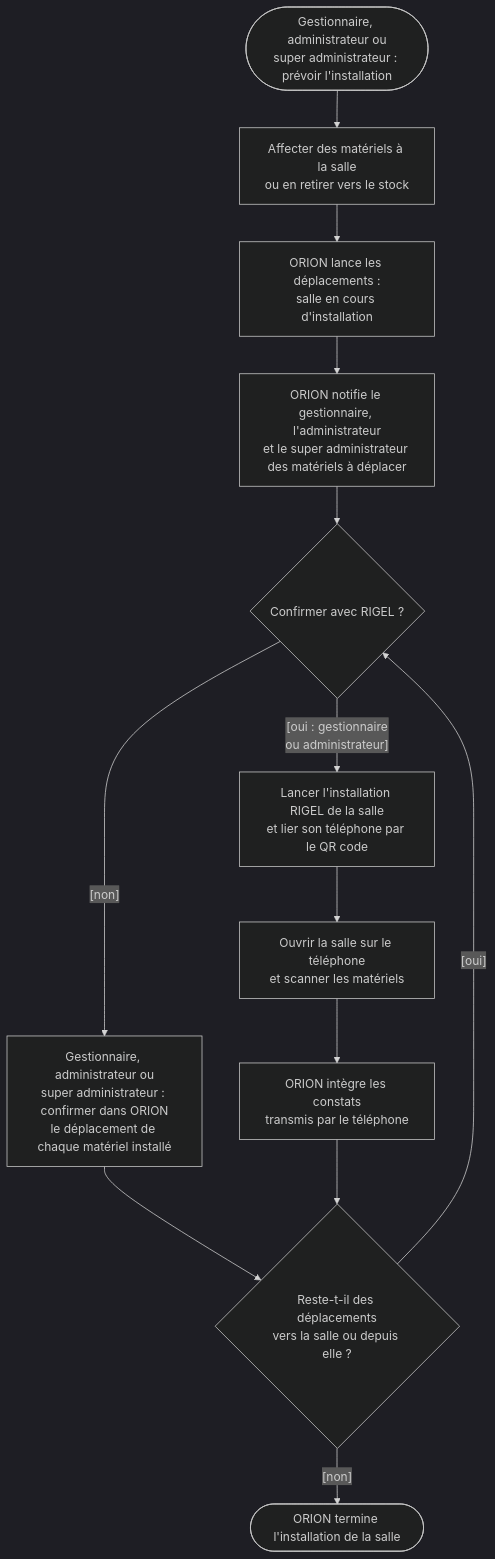
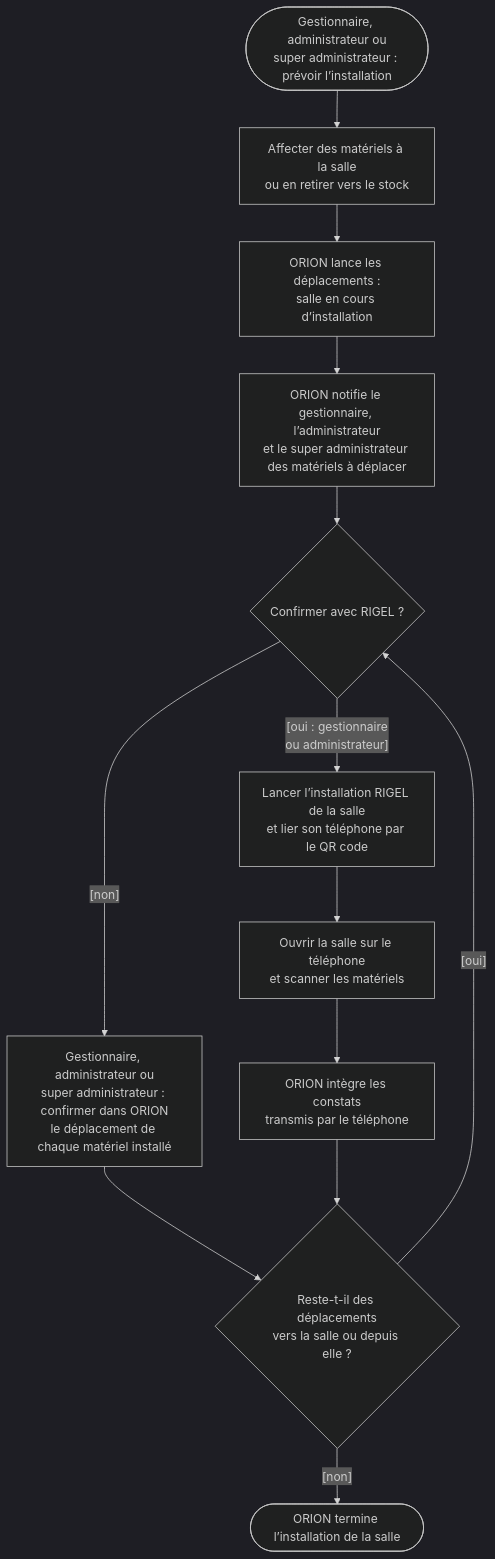
Before and after one commit to bpierrelouis/aster: the ninth of 10 diagrams in docs/02-ANALYSE/01-MODELISATION-METIER/02-DIAGRAMMES-ACTIVITE.md, drawn with Mermaid (dark theme). The commit also changed other lines of this file and 32 other files, not shown here.

````diff
--- a/docs/02-ANALYSE/01-MODELISATION-METIER/02-DIAGRAMMES-ACTIVITE.md
+++ b/docs/02-ANALYSE/01-MODELISATION-METIER/02-DIAGRAMMES-ACTIVITE.md
@@ -175,15 +175,15 @@
 ```mermaid
 flowchart TD
-    debut(["Gestionnaire, administrateur ou<br/>super administrateur : prévoir l'installation"]) --> affecter["Affecter des matériels à la salle<br/>ou en retirer vers le stock"]
-    affecter --> deplacements["ORION lance les déplacements :<br/>salle en cours d'installation"]
-    deplacements --> notifier["ORION notifie le gestionnaire, l'administrateur<br/>et le super administrateur des matériels à déplacer"]
+    debut(["Gestionnaire, administrateur ou<br/>super administrateur : prévoir l’installation"]) --> affecter["Affecter des matériels à la salle<br/>ou en retirer vers le stock"]
+    affecter --> deplacements["ORION lance les déplacements :<br/>salle en cours d’installation"]
+    deplacements --> notifier["ORION notifie le gestionnaire, l’administrateur<br/>et le super administrateur des matériels à déplacer"]
     notifier --> mode{"Confirmer avec RIGEL ?"}
     mode -->|"[non]"| confirmer["Gestionnaire, administrateur ou<br/>super administrateur : confirmer dans ORION<br/>le déplacement de chaque matériel installé"]
-    mode -->|"[oui : gestionnaire<br/>ou administrateur]"| lier["Lancer l'installation RIGEL de la salle<br/>et lier son téléphone par le QR code"]
+    mode -->|"[oui : gestionnaire<br/>ou administrateur]"| lier["Lancer l’installation RIGEL de la salle<br/>et lier son téléphone par le QR code"]
     lier --> scanner["Ouvrir la salle sur le téléphone<br/>et scanner les matériels"]
     scanner --> integrer["ORION intègre les constats<br/>transmis par le téléphone"]
     confirmer --> reste{"Reste-t-il des déplacements<br/>vers la salle ou depuis elle ?"}
     integrer --> reste
     reste -->|"[oui]"| mode
-    reste -->|"[non]"| terminee(["ORION termine l'installation de la salle"])
+    reste -->|"[non]"| terminee(["ORION termine l’installation de la salle"])
 ```
````
